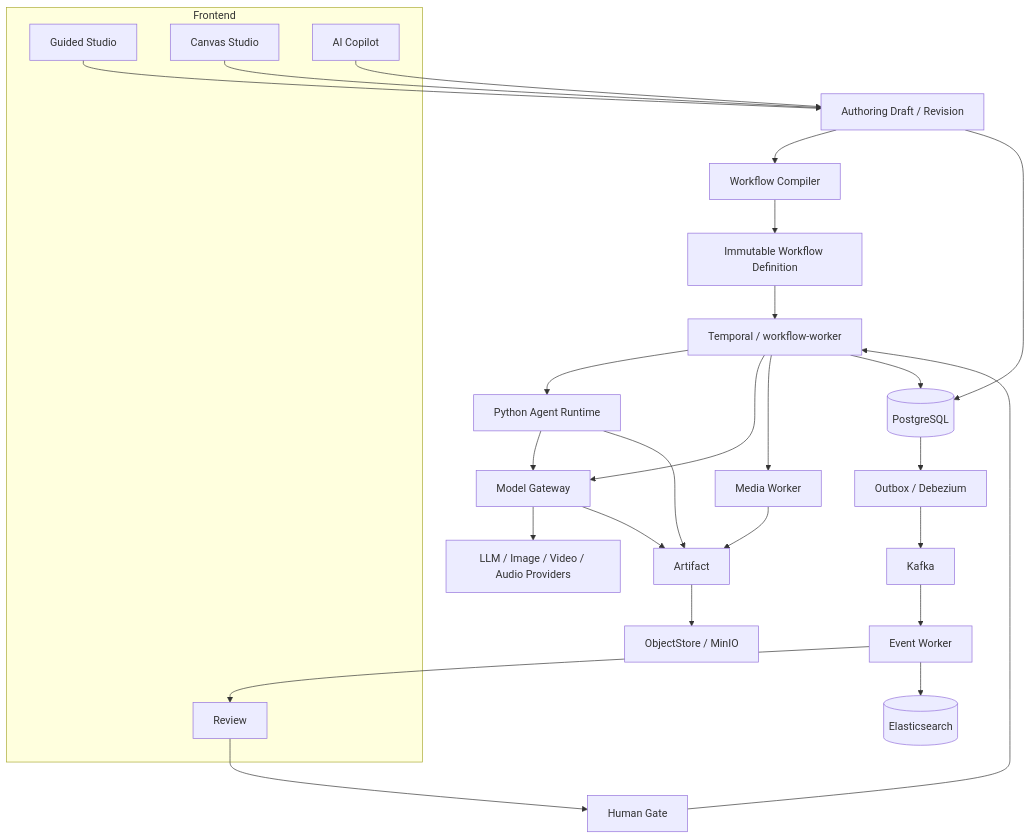
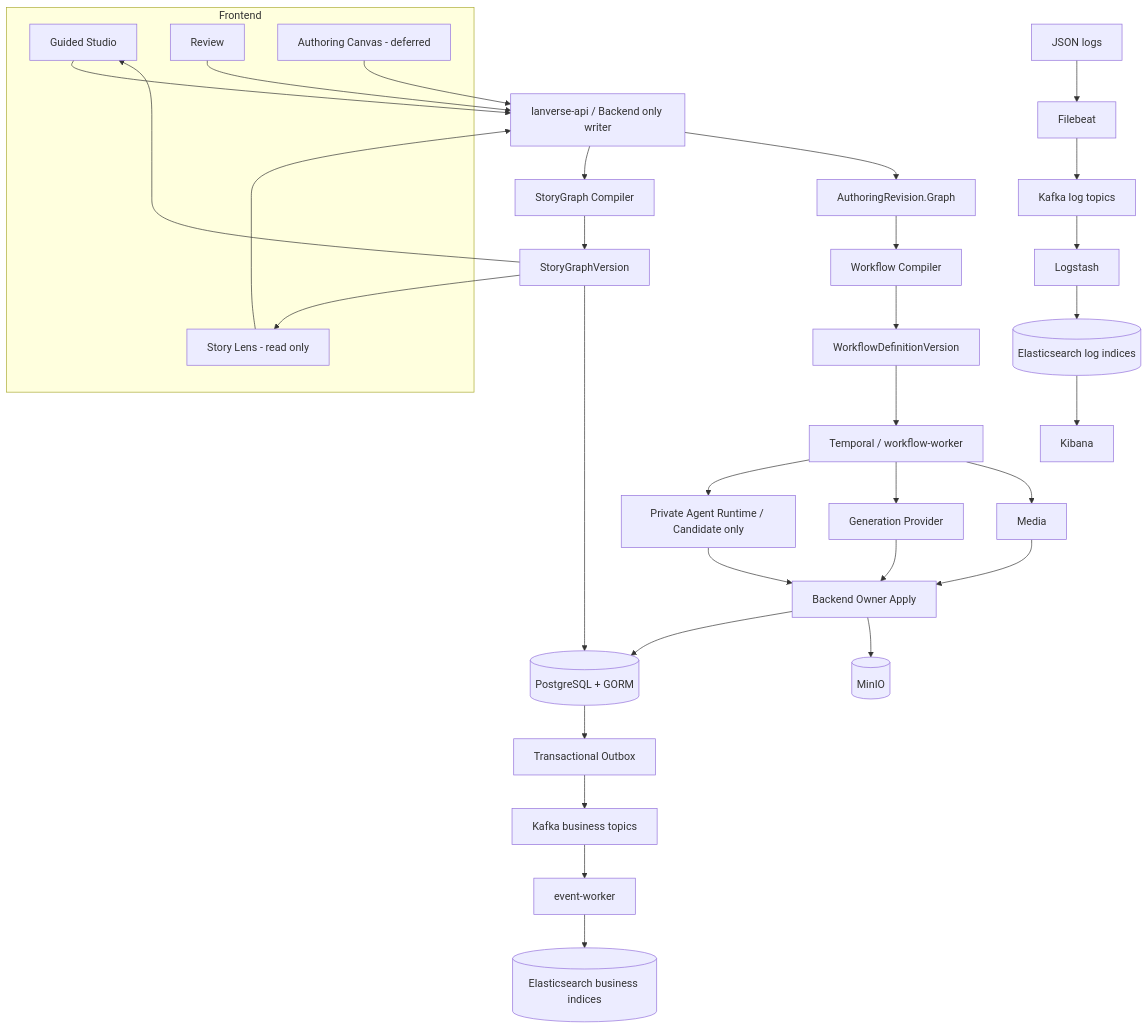
Before and after one commit to StephenQiu30/lanverse: the diagram in docs/design/0003-系统总体架构.md, drawn with Mermaid. The commit also changed other lines of this file and 1 other file, not shown here.

````diff
--- a/docs/design/0003-系统总体架构.md
+++ b/docs/design/0003-系统总体架构.md
@@ -10,34 +13,51 @@
 ```mermaid
 flowchart TB
   subgraph FE[Frontend]
     G[Guided Studio]
-    C[Canvas Studio]
+    SL[Story Lens - read only]
     R[Review]
-    AIC[AI Copilot]
+    AC[Authoring Canvas - deferred]
   end
 
-  G --> AR[Authoring Draft / Revision]
-  C --> AR
-  AIC --> AR
-  AR --> WC[Workflow Compiler]
-  WC --> WD[Immutable Workflow Definition]
-  WD --> TW[Temporal / workflow-worker]
-  TW --> AG[Python Agent Runtime]
-  TW --> MG[Model Gateway]
-  TW --> MW[Media Worker]
-  R --> HG[Human Gate]
-  HG --> TW
-  AG --> MG
-  MG --> P[LLM / Image / Video / Audio Providers]
-  AG --> AF[Artifact]
-  MG --> AF
-  MW --> AF
-  AF --> OS[ObjectStore / MinIO]
-  AR --> PG[(PostgreSQL)]
-  TW --> PG
-  PG --> OB[Outbox / Debezium]
-  OB --> K[Kafka]
-  K --> EW[Event Worker]
-  EW --> ES[(Elasticsearch)]
-  EW --> R
+  API[lanverse-api / Backend only writer]
+  PG[(PostgreSQL + GORM)]
+  OS[(MinIO)]
+  SGC[StoryGraph Compiler]
+  SG[StoryGraphVersion]
+  AR[AuthoringRevision.Graph]
+  WC[Workflow Compiler]
+  WD[WorkflowDefinitionVersion]
+  TW[Temporal / workflow-worker]
+  AG[Private Agent Runtime / Candidate only]
+  PROV[Generation Provider]
+  MED[Media]
+  APPLY[Backend Owner Apply]
+
+  G --> API
+  SL --> API
+  R --> API
+  AC --> API
+  API --> SGC --> SG --> PG
+  SG --> G
+  SG --> SL
+  API --> AR --> WC --> WD --> TW
+  TW --> AG
+  TW --> PROV
+  TW --> MED
+  AG --> APPLY
+  PROV --> APPLY
+  MED --> APPLY
+  APPLY --> PG
+  APPLY --> OS
+
+  PG --> OB[Transactional Outbox]
+  OB --> K[Kafka business topics]
+  K --> EW[event-worker]
+  EW --> ES[(Elasticsearch business indices)]
+
+  LOG[JSON logs] --> FB[Filebeat]
+  FB --> KL[Kafka log topics]
+  KL --> LS[Logstash]
+  LS --> ESL[(Elasticsearch log indices)]
+  ESL --> KB[Kibana]
 ```
````
